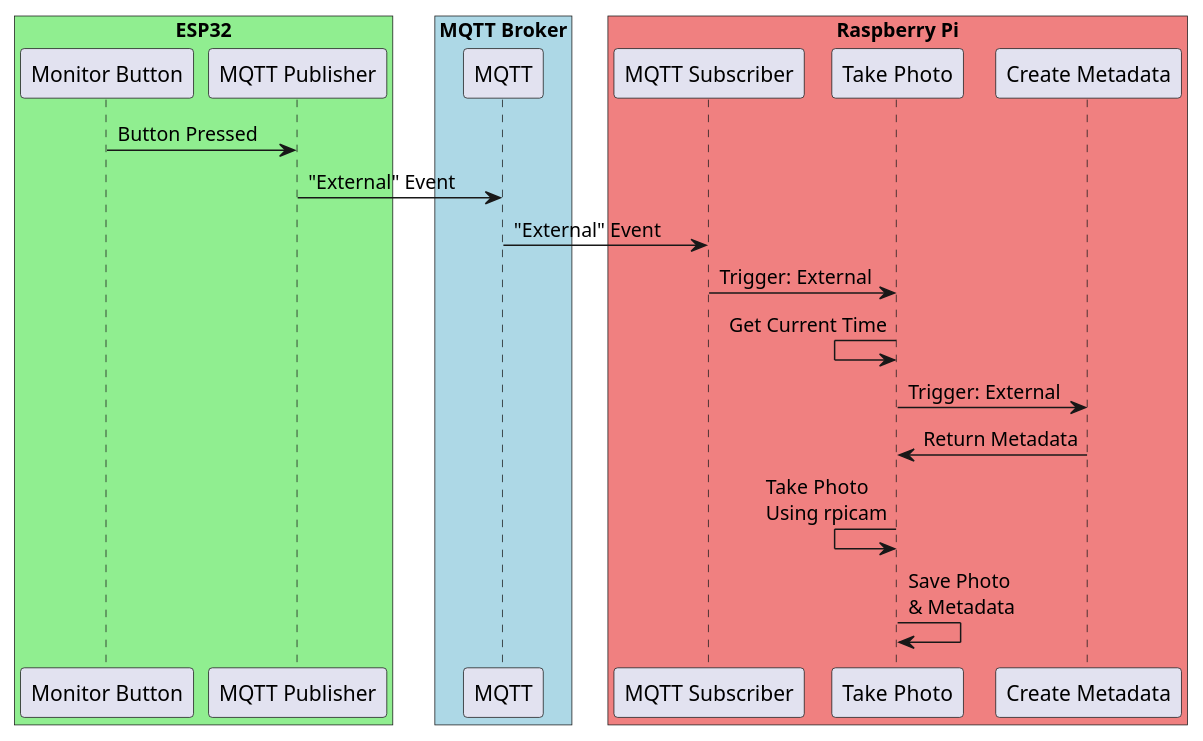
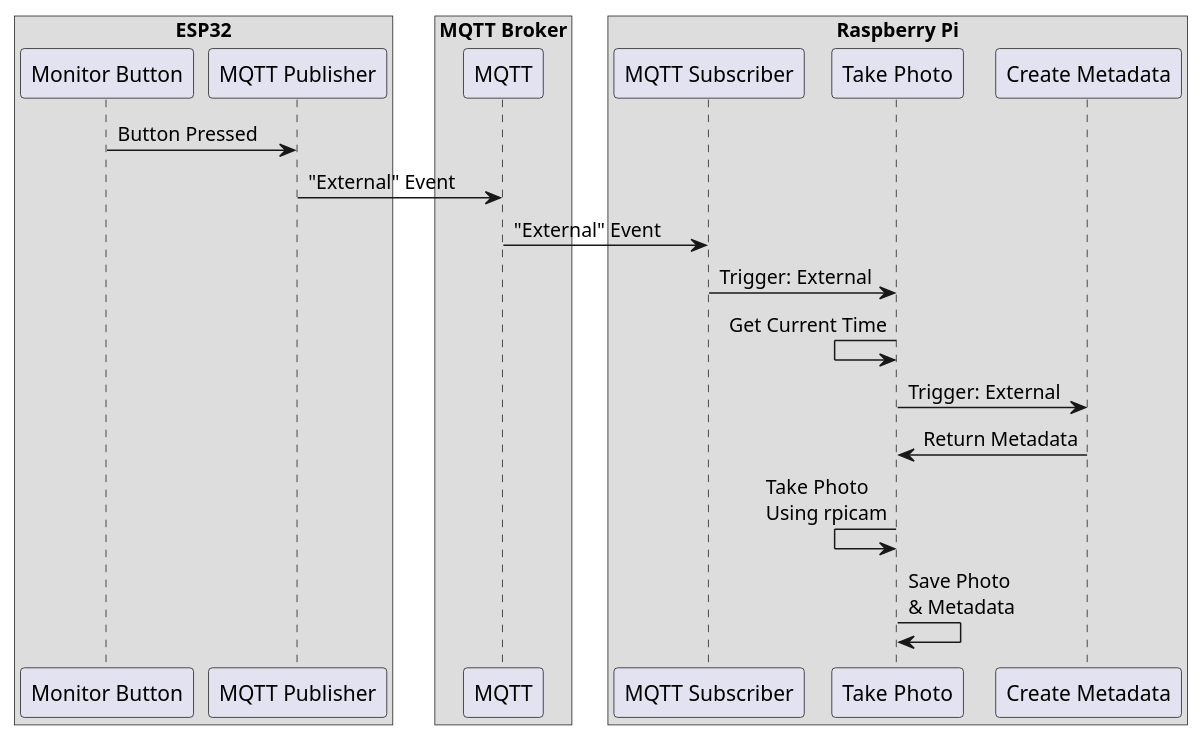
One commit to AlexanderNorup/emli-wildlife-project changed the diagram in diagrams/photo-processes/external-photo.wsd. Above: the diagram before and after it, drawn with PlantUML.

Commit message:
Strip colors from external-photo

```diff
--- a/diagrams/photo-processes/external-photo.wsd
+++ b/diagrams/photo-processes/external-photo.wsd
@@ -1,27 +1,27 @@
 @startuml External Photo
 
-box "ESP32" #LightGreen
+box "ESP32"
   participant "Monitor Button" as espBtn
   participant "MQTT Publisher" as espPub
 end box
 
-box "MQTT Broker" #LightBlue
+box "MQTT Broker"
   participant "MQTT" as mqtt
 end box
 
-box "Raspberry Pi" #LightCoral
+box "Raspberry Pi"
   participant "MQTT Subscriber" as rpiSub
   participant "Take Photo" as rpiPhoto
   participant "Create Metadata" as rpiMeta
 end box
 
 espBtn -> espPub : Button Pressed
 espPub -> mqtt : "External" Event
 mqtt -> rpiSub : "External" Event
 rpiSub -> rpiPhoto : Trigger: External
 rpiPhoto <- rpiPhoto : Get Current Time
 rpiPhoto -> rpiMeta : Trigger: External
 rpiMeta -> rpiPhoto : Return Metadata
 rpiPhoto <- rpiPhoto : Take Photo\nUsing rpicam
 rpiPhoto -> rpiPhoto : Save Photo\n& Metadata
 @enduml
```
